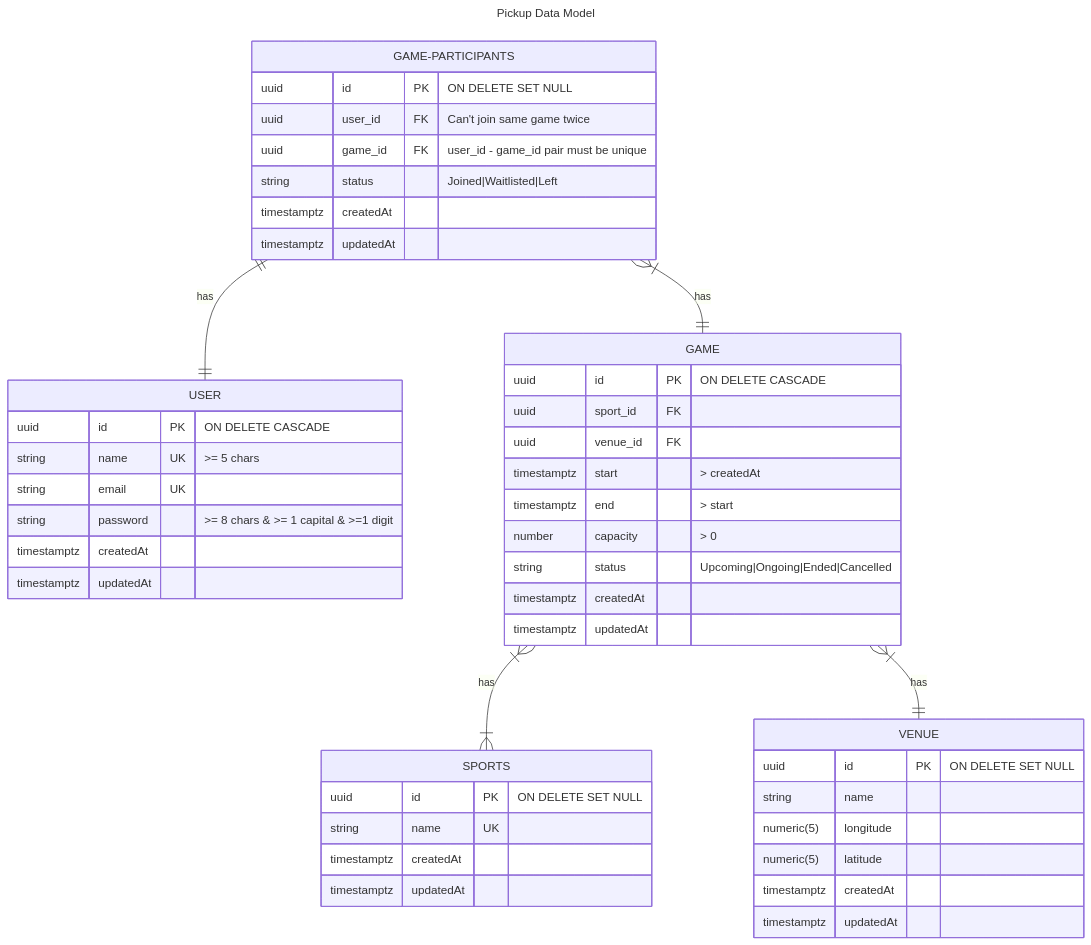
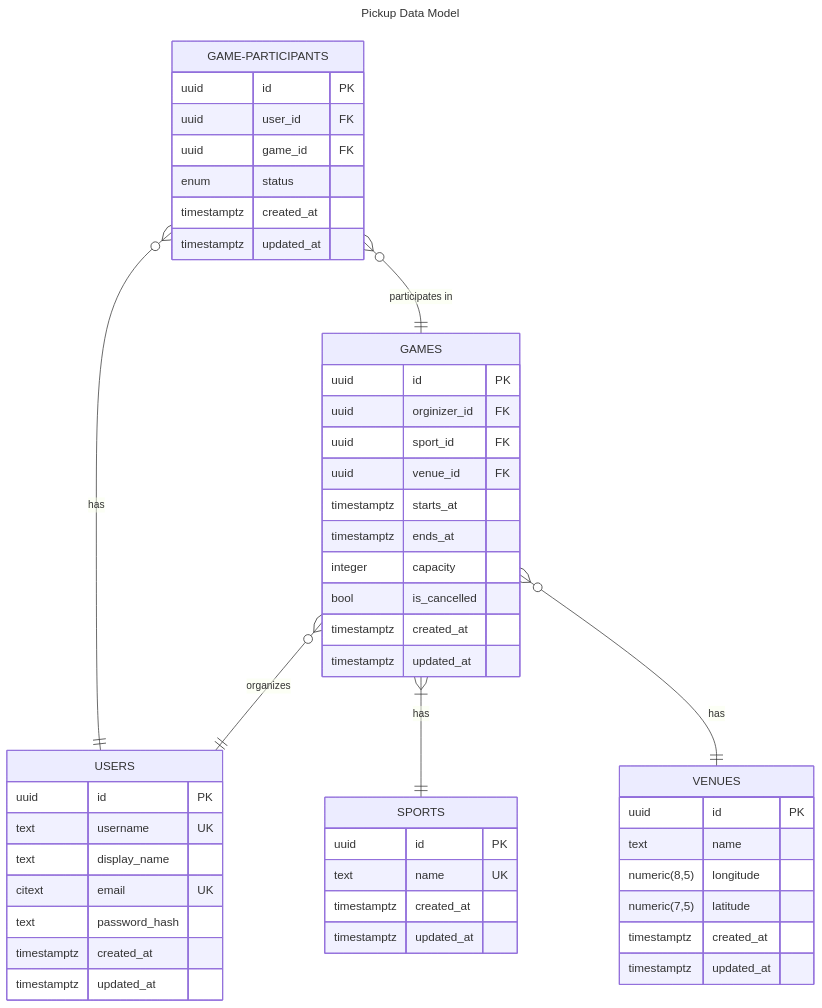
Before and after one commit to AkakiGoginava/React-Native---Next.js-Learning-Project: the diagram in docs/data-model.md, drawn with Mermaid. The commit also changed other lines of this file, not shown here.

Commit message:
fix: address PR issues

````diff
--- a/docs/data-model.md
+++ b/docs/data-model.md
@@ -1,51 +3,54 @@
 ```mermaid
 ---
 title: Pickup Data Model
 ---
 erDiagram
-    GAME-PARTICIPANTS ||--|| USER : has
-    GAME-PARTICIPANTS }|--|| GAME : has
-    GAME }|--|{ SPORTS : has
-    GAME }|--|| VENUE : has
-    USER {
-        uuid id PK "ON DELETE CASCADE"
-        string name UK ">= 5 chars"
-        string email UK
-        string password ">= 8 chars & >= 1 capital & >=1 digit"
-        timestamptz createdAt
-        timestamptz updatedAt
+    GAME-PARTICIPANTS }o--|| USERS : has
+    GAME-PARTICIPANTS }o--|| GAMES : "participates in"
+    GAMES }|--|| SPORTS : has
+    GAMES }o--|| VENUES : has
+    GAMES }o--|| USERS : organizes
+    USERS {
+        uuid id PK
+        text username UK
+        text display_name
+        citext email UK
+        text password_hash
+        timestamptz created_at
+        timestamptz updated_at
     }
     GAME-PARTICIPANTS {
-        uuid id PK "ON DELETE SET NULL"
-        uuid user_id FK "Can't join same game twice"
-        uuid game_id FK "user_id - game_id pair must be unique"
-        string status "Joined|Waitlisted|Left"
-        timestamptz createdAt
-        timestamptz updatedAt
+        uuid id PK
+        uuid user_id FK
+        uuid game_id FK
+        enum status
+        timestamptz created_at
+        timestamptz updated_at
     }
     SPORTS {
-        uuid id PK "ON DELETE SET NULL"
-        string name UK
-        timestamptz createdAt
-        timestamptz updatedAt
+        uuid id PK
+        text name UK
+        timestamptz created_at
+        timestamptz updated_at
     }
-    VENUE {
-        uuid id PK "ON DELETE SET NULL"
-        string name
-        numeric(5) longitude
-        numeric(5) latitude
-        timestamptz createdAt
-        timestamptz updatedAt
+    VENUES {
+        uuid id PK
+        text name
+        numeric(8,5) longitude
+        numeric(7,5) latitude
+        timestamptz created_at
+        timestamptz updated_at
     }
-    GAME {
-        uuid id PK "ON DELETE CASCADE"
+    GAMES {
+        uuid id PK
+        uuid orginizer_id FK
         uuid sport_id FK
         uuid venue_id FK
-        timestamptz start "> createdAt"
-        timestamptz end "> start"
-        number capacity "> 0"
-        string status "Upcoming|Ongoing|Ended|Cancelled"
-        timestamptz createdAt
-        timestamptz updatedAt
+        timestamptz starts_at
+        timestamptz ends_at
+        integer capacity
+        bool is_cancelled
+        timestamptz created_at
+        timestamptz updated_at
     }
 ```
````
